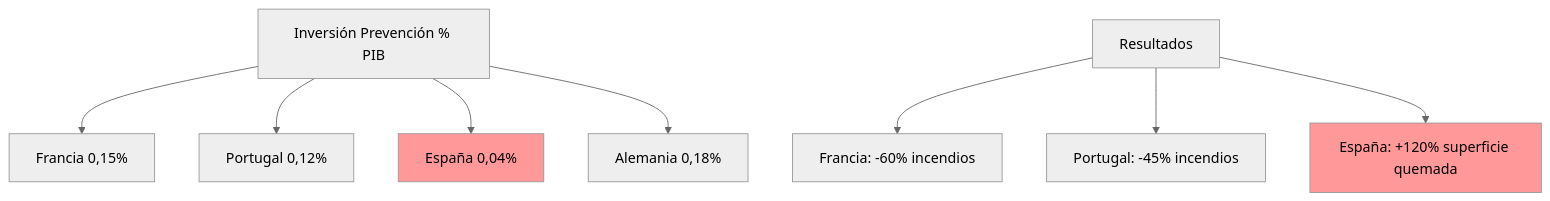
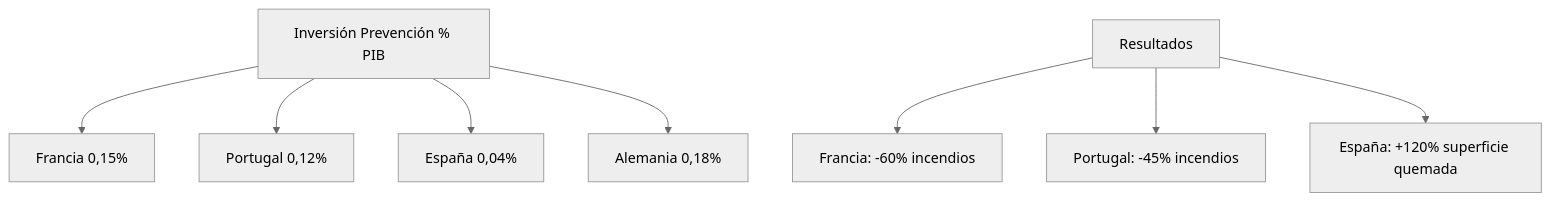
The fourth of 10 diagrams in politica/medioambiente/analisis_multifactorial_incendios.md (perpetuocambio/annotations), drawn with Mermaid (neutral theme) before and after one commit. The commit also changed other lines of this file, not shown here.

````diff
--- a/politica/medioambiente/analisis_multifactorial_incendios.md
+++ b/politica/medioambiente/analisis_multifactorial_incendios.md
@@ -187,14 +184,11 @@
 ```mermaid
 graph TD
     A[Inversión Prevención % PIB] --> B[Francia 0,15%]
     A --> C[Portugal 0,12%]
     A --> D[España 0,04%]
     A --> E[Alemania 0,18%]
     
     F[Resultados] --> G[Francia: -60% incendios]
     F --> H[Portugal: -45% incendios]
     F --> I[España: +120% superficie quemada]
-    
-    style D fill:#ff9999
-    style I fill:#ff9999
 ```
````
